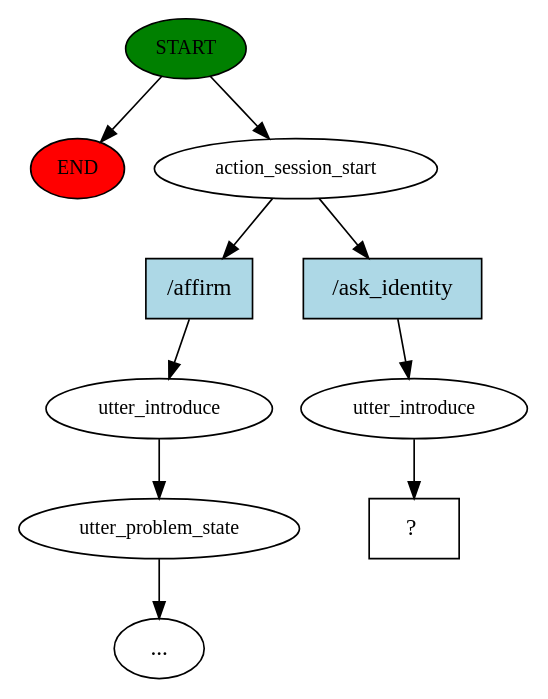
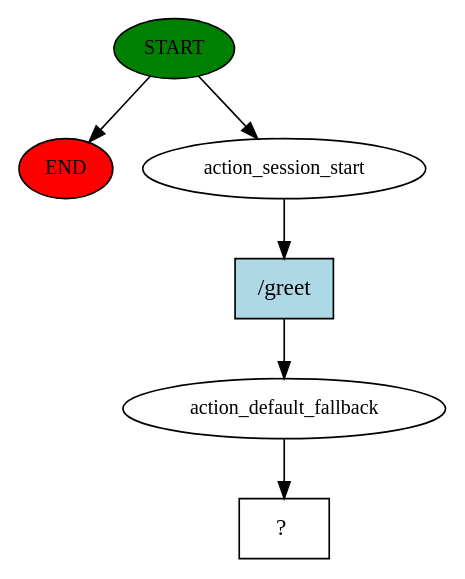
Before and after one commit to cuocchie/RASA_MB: the diagram in story_graph.dot, drawn with Graphviz. The commit also changed 2 other files, not shown here.

```diff
--- a/story_graph.dot
+++ b/story_graph.dot
@@ -1,21 +1,13 @@
 digraph  {
 0 [class="start active", fillcolor=green, fontsize=12, label=START, style=filled];
 "-1" [class=end, fillcolor=red, fontsize=12, label=END, style=filled];
 1 [class=active, fontsize=12, label=action_session_start];
-2 [class="", fontsize=12, label=utter_introduce];
-3 [class="", fontsize=12, label=utter_problem_state];
-"-4" [class=ellipsis, label="..."];
-8 [class=active, fontsize=12, label=utter_introduce];
-9 [class="intent dashed active", label="  ?  ", shape=rect];
-10 [class=intent, fillcolor=lightblue, label="/affirm", shape=rect, style=filled];
-11 [class="intent active", fillcolor=lightblue, label="/ask_identity", shape=rect, style=filled];
+2 [class=active, fontsize=12, label=action_default_fallback];
+3 [class="intent dashed active", label="  ?  ", shape=rect];
+4 [class="intent active", fillcolor=lightblue, label="/greet", shape=rect, style=filled];
+0 -> "-1"  [class="", key=NONE, label=""];
 0 -> 1  [class=active, key=NONE, label=""];
-0 -> "-1"  [class="", key=NONE, label=""];
-1 -> 10  [class="", key=0];
-1 -> 11  [class=active, key=0];
-2 -> 3  [class="", key=NONE, label=""];
-3 -> "-4"  [class="", key=NONE, label=""];
-8 -> 9  [class=active, key=NONE, label=""];
-10 -> 2  [class="", key=0];
-11 -> 8  [class=active, key=0];
+1 -> 4  [class=active, key=0];
+2 -> 3  [class=active, key=NONE, label=""];
+4 -> 2  [class=active, key=0];
 }
```
